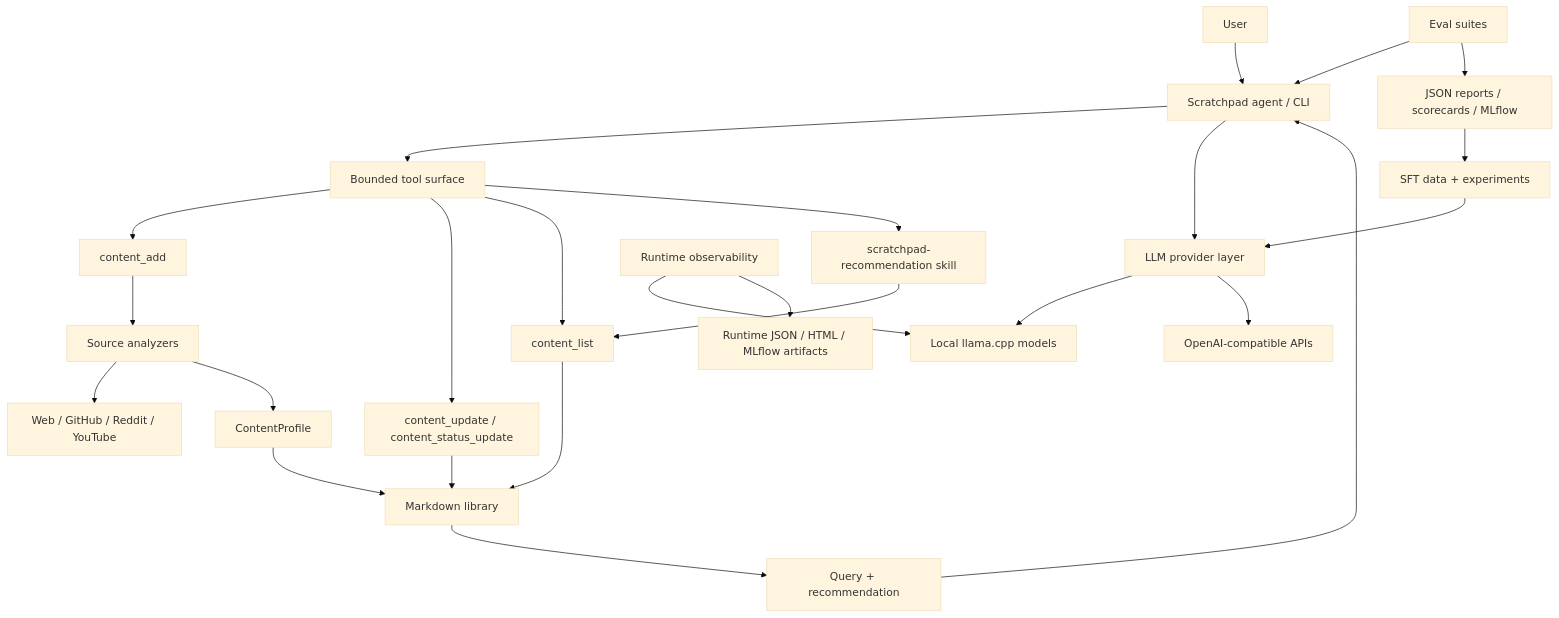
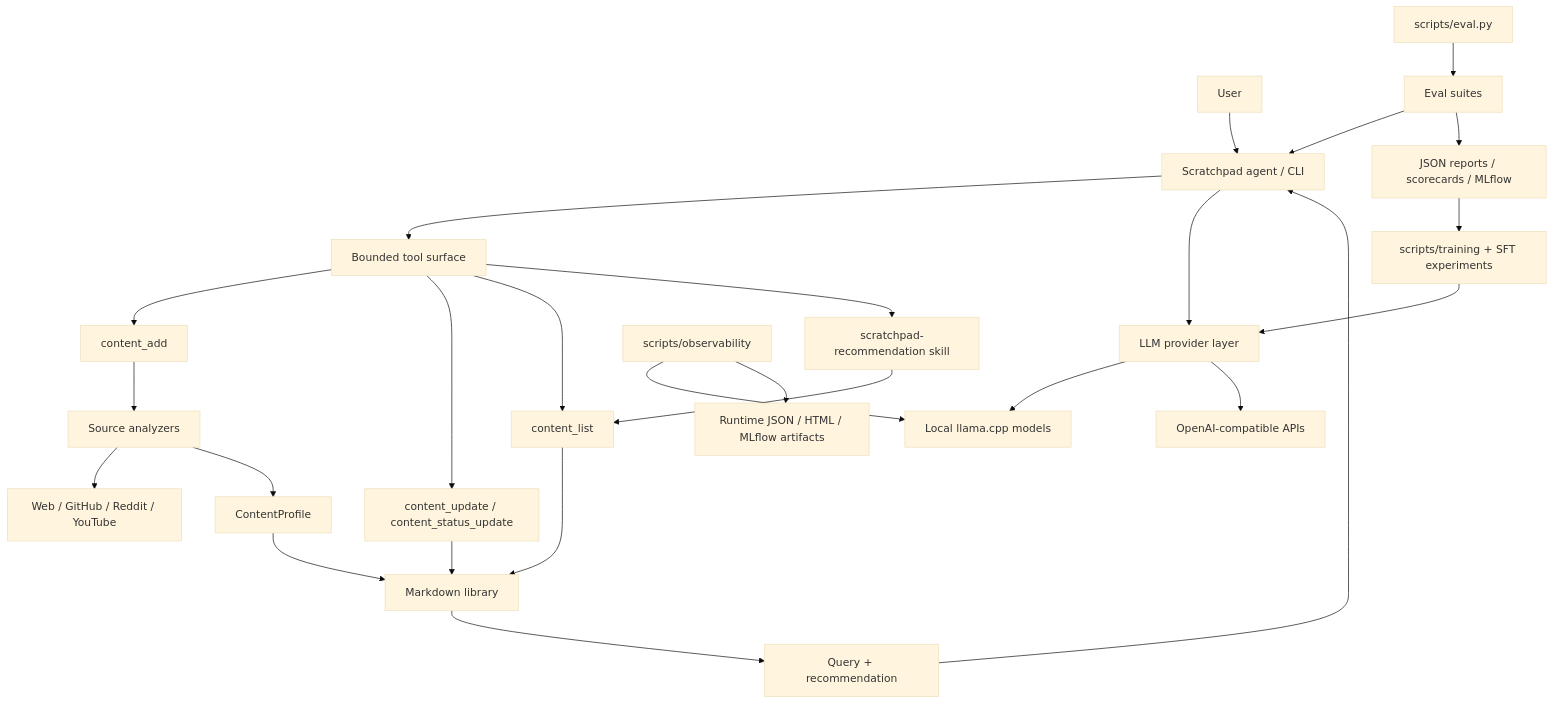
The diagram in README.md (yuvalkenneth/ScratchPad), drawn with Mermaid (base theme) before and after one commit. The commit also changed other lines of this file and 46 other files, not shown here.

````diff
--- a/README.md
+++ b/README.md
@@ -72,34 +72,35 @@
 ```mermaid
 flowchart TD
     U["User"] --> A["Scratchpad agent / CLI"]
 
     A --> T["Bounded tool surface"]
     T --> ADD["content_add"]
     T --> UPD["content_update / content_status_update"]
     T --> LIST["content_list"]
     T --> SKILL["scratchpad-recommendation skill"]
 
     ADD --> ANA["Source analyzers"]
     ANA --> SRC["Web / GitHub / Reddit / YouTube"]
     ANA --> PROF["ContentProfile"]
 
     PROF --> LIB["Markdown library"]
     UPD --> LIB
     LIST --> LIB
     SKILL --> LIST
 
     LIB --> REC["Query + recommendation"]
     REC --> A
 
     A --> LLM["LLM provider layer"]
     LLM --> LOCAL["Local llama.cpp models"]
     LLM --> API["OpenAI-compatible APIs"]
 
-    EVAL["Eval suites"] --> A
+    CLI["scripts/eval.py"] --> EVAL["Eval suites"]
+    EVAL --> A
     EVAL --> REPORTS["JSON reports / scorecards / MLflow"]
-    TRAIN["SFT data + experiments"] --> LLM
+    TRAIN["scripts/training + SFT experiments"] --> LLM
     REPORTS --> TRAIN
 
-    OBS["Runtime observability"] --> LOCAL
+    OBS["scripts/observability"] --> LOCAL
     OBS --> ART["Runtime JSON / HTML / MLflow artifacts"]
 ```
````
